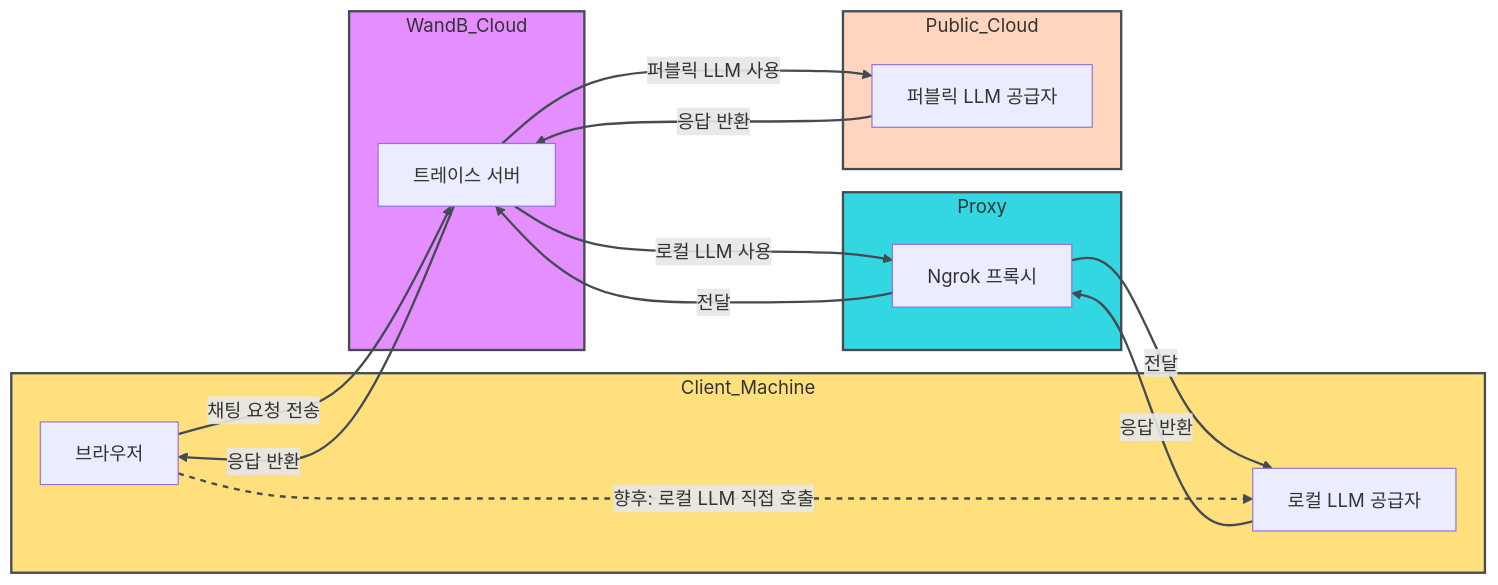
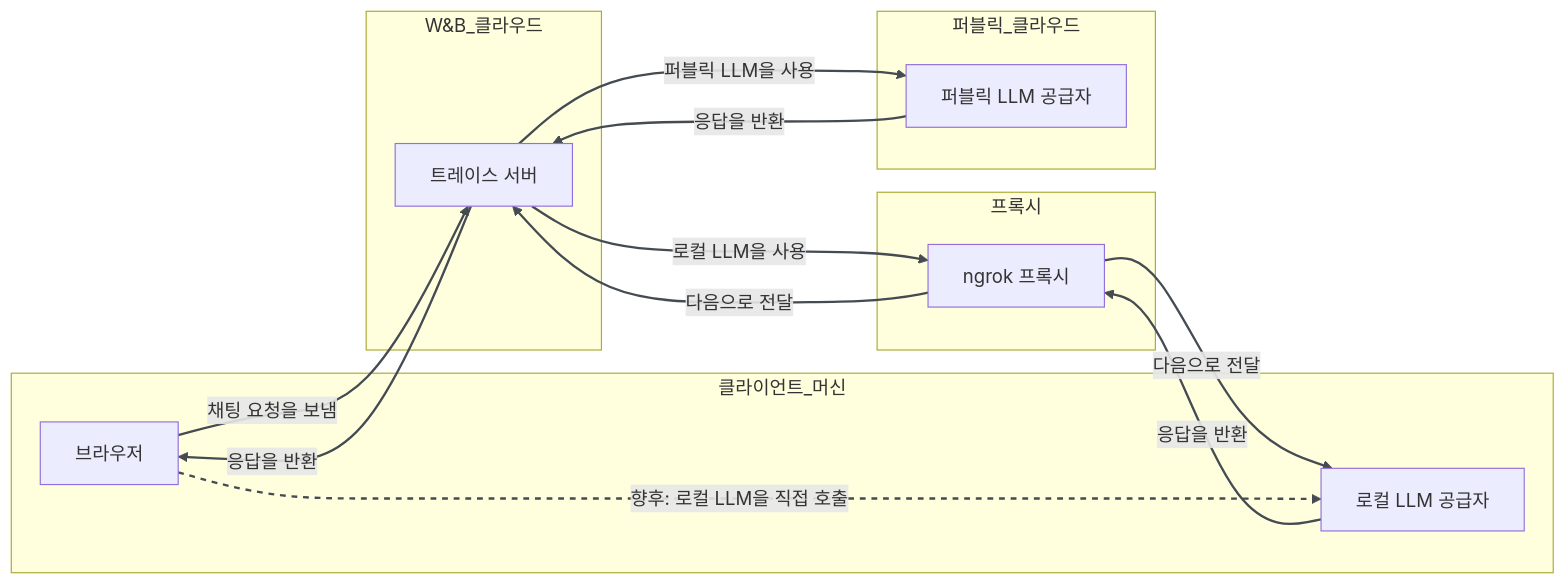
Before and after one commit to wandb/docs: the diagram in ko/weave/guides/tools/playground.mdx, drawn with Mermaid. The commit also changed other lines of this file and 251 other files, not shown here.

````diff
--- a/ko/weave/guides/tools/playground.mdx
+++ b/ko/weave/guides/tools/playground.mdx
@@ -278,49 +278,49 @@
 ```mermaid
 flowchart LR
-    %% 스타일 정의
+    %% Style definitions
     classDef clientMachine fill:#FFD95CCC,stroke:#454B52,stroke-width:2px
     classDef proxy fill:#00CDDBCC,stroke:#454B52,stroke-width:2px
     classDef wandbCloud fill:#DE72FFCC,stroke:#454B52,stroke-width:2px
     classDef publicCloud fill:#FFCBADCC,stroke:#454B52,stroke-width:2px
 
-    %% 서브그래프
-    subgraph Client_Machine
+    %% Subgraphs
+    subgraph 클라이언트_머신
         browser[브라우저]
         llm_local[로컬 LLM 공급자]
     end
 
-    subgraph Proxy
-        ngrok[Ngrok 프록시]
+    subgraph 프록시
+        ngrok[ngrok 프록시]
     end
 
-    subgraph WandB_Cloud
+    subgraph W&B_클라우드
         trace_server[트레이스 서버]
     end
 
-    subgraph Public_Cloud
+    subgraph 퍼블릭_클라우드
         llm_cloud[퍼블릭 LLM 공급자]
     end
 
-    %% 서브그래프에 스타일 적용
+    %% Apply styles to subgraphs
     class Client_Machine clientMachine
     class Proxy proxy
     class WandB_Cloud wandbCloud
     class Public_Cloud publicCloud
 
-    %% 현재 데이터 흐름
-    browser -->|채팅 요청 전송| trace_server
-    trace_server -->|퍼블릭 LLM 사용| llm_cloud
-    trace_server -->|로컬 LLM 사용| ngrok
-    ngrok -->|전달| llm_local
-    llm_cloud -->|응답 반환| trace_server
-    llm_local -->|응답 반환| ngrok
-    ngrok -->|전달| trace_server
-    trace_server -->|응답 반환| browser
+    %% Current Data Flow
+    browser -->|채팅 요청을 보냄| trace_server
+    trace_server -->|퍼블릭 LLM을 사용| llm_cloud
+    trace_server -->|로컬 LLM을 사용| ngrok
+    ngrok -->|다음으로 전달| llm_local
+    llm_cloud -->|응답을 반환| trace_server
+    llm_local -->|응답을 반환| ngrok
+    ngrok -->|다음으로 전달| trace_server
+    trace_server -->|응답을 반환| browser
 
-    %% 향후 가능한 연결
-    browser -.->|향후: 로컬 LLM 직접 호출| llm_local
+    %% Future Possible Connection
+    browser -.->|향후: 로컬 LLM을 직접 호출| llm_local
 
-    %% 링크 스타일
+    %% Link styles
     linkStyle default stroke:#454B52,stroke-width:2px
     linkStyle 8 stroke:#454B52,stroke-width:2px,stroke-dasharray:5
 ```
````
